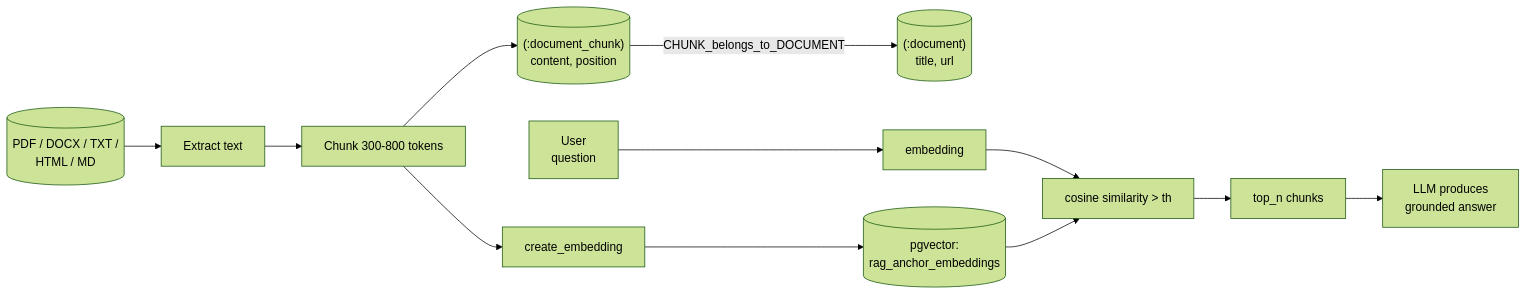
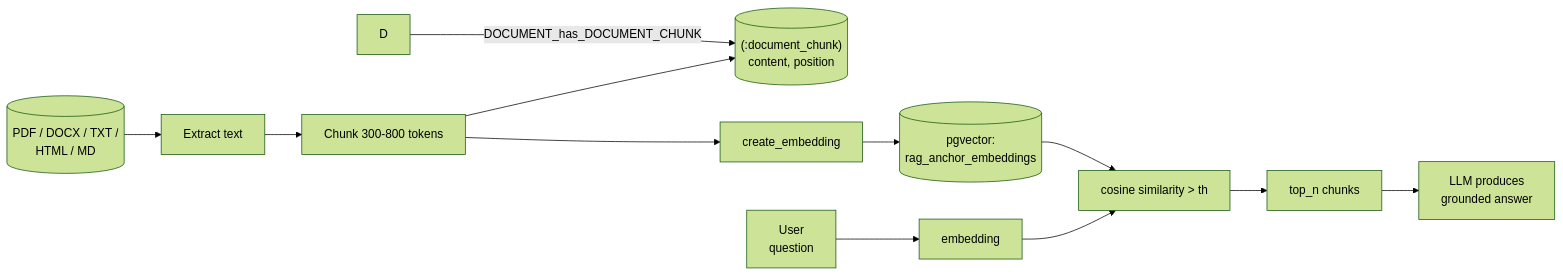
One commit to epoch8/vedana.tech changed the diagram in src/content/docs/data-ingestion/documents-and-chunks.md. Above: the diagram before and after it, drawn with Mermaid (forest theme). The commit also changed other lines of this file and 22 other files, not shown here.

````diff
--- a/src/content/docs/data-ingestion/documents-and-chunks.md
+++ b/src/content/docs/data-ingestion/documents-and-chunks.md
@@ -11,13 +11,13 @@
 ```mermaid
 flowchart LR
     F[("PDF / DOCX / TXT /<br/>HTML / MD")] --> EX[Extract text]
     EX --> CH[Chunk 300-800 tokens]
     CH --> N1[("(:document_chunk)<br/>content, position")]
-    N1 -- CHUNK_belongs_to_DOCUMENT --> D[("(:document)<br/>title, url")]
+    D -- DOCUMENT_has_DOCUMENT_CHUNK --> N1
     CH --> EM[create_embedding] --> V[("pgvector:<br/>rag_anchor_embeddings")]
 
     Q[User<br/>question] --> QE[embedding] --> VS[cosine similarity > th]
     V --> VS
     VS --> TopN[top_n chunks]
     TopN --> LLM[LLM produces<br/>grounded answer]
 ```
````
